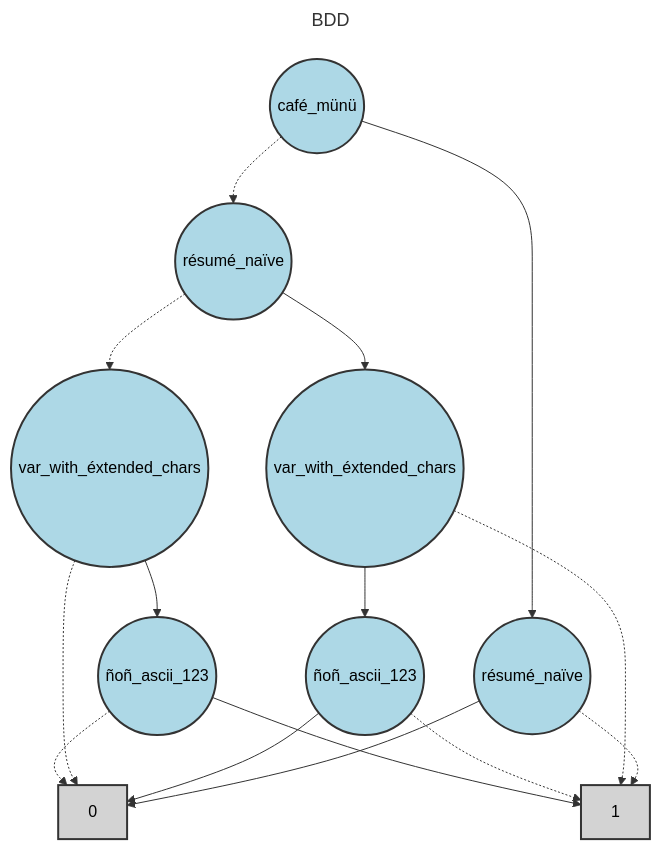
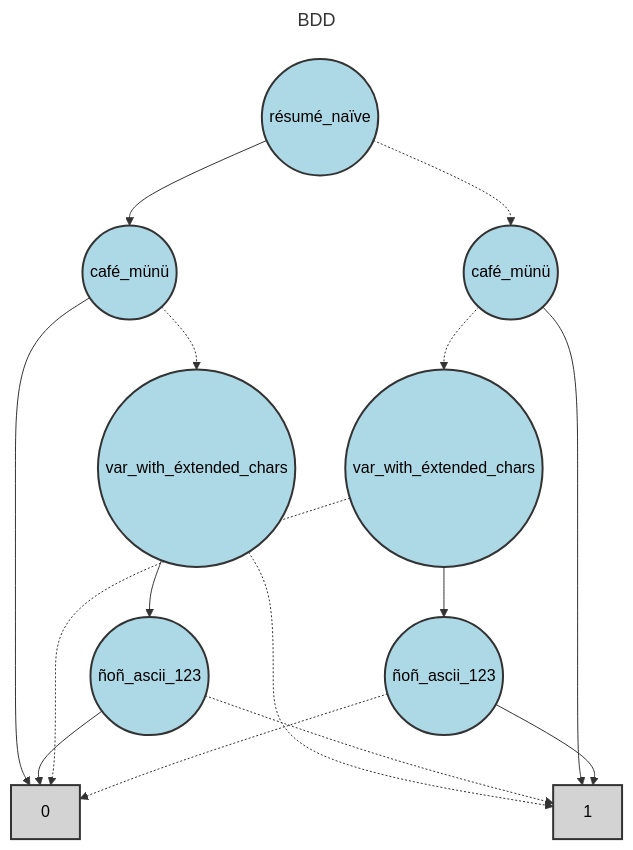
One commit to Alan-Jowett/bdd_test changed the second of 2 diagrams in test_expressions/edge_cases/unicode_chars_regression_analysis.md. Above: the diagram before and after it, drawn with Mermaid. The commit also changed other lines of this file and 104 other files, not shown here.

````diff
--- a/test_expressions/edge_cases/unicode_chars_regression_analysis.md
+++ b/test_expressions/edge_cases/unicode_chars_regression_analysis.md
@@ -52,43 +52,43 @@
 ```mermaid
 ---
 title: BDD
 ---
 flowchart TD
     N0["0"]
     N1["1"]
     N2(("ñoñ_ascii_123"))
     N3(("var_with_éxtended_chars"))
-    N4(("ñoñ_ascii_123"))
-    N5(("var_with_éxtended_chars"))
-    N6(("résumé_naïve"))
-    N7(("résumé_naïve"))
-    N8(("café_münü"))
+    N4(("café_münü"))
+    N5(("ñoñ_ascii_123"))
+    N6(("var_with_éxtended_chars"))
+    N7(("café_münü"))
+    N8(("résumé_naïve"))
 
     N2 -.-> N0
     N2 --> N1
     N3 -.-> N0
     N3 --> N2
-    N4 -.-> N1
-    N4 --> N0
+    N4 -.-> N3
+    N4 --> N1
     N5 -.-> N1
-    N5 --> N4
-    N6 -.-> N3
+    N5 --> N0
+    N6 -.-> N1
     N6 --> N5
-    N7 -.-> N1
+    N7 -.-> N6
     N7 --> N0
-    N8 -.-> N6
+    N8 -.-> N4
     N8 --> N7
 
     class N0 terminal
     class N1 terminal
     class N2 bddVariable
     class N3 bddVariable
     class N4 bddVariable
     class N5 bddVariable
     class N6 bddVariable
     class N7 bddVariable
     class N8 bddVariable
 
     classDef bddVariable fill:lightblue,stroke:#333,stroke-width:2px,color:#000
     classDef terminal fill:lightgray,stroke:#333,stroke-width:2px,color:#000
 ```
````
